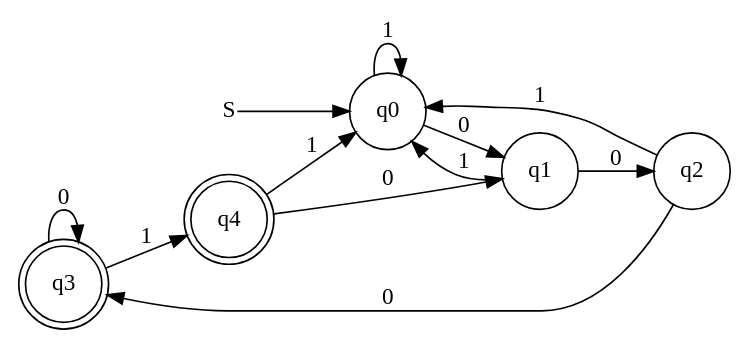
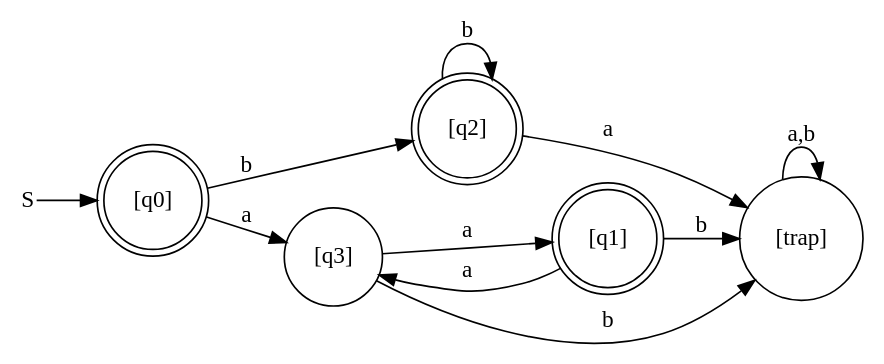
Before and after one commit to Goodhao/automaton: the diagram in out.dot, drawn with Graphviz. The commit also changed 15 other files, not shown here.

```diff
--- a/out.dot
+++ b/out.dot
@@ -1,19 +1,18 @@
 digraph cinite_state_machine {
 rankdir=LR;
 size="50,50"
-node [shape = doublecircle]; q3 q4 ;
-node [shape = circle]; q0;
+node [shape = doublecircle]; "[q0]" "[q1]" "[q2]" ;
+node [shape = circle]; "[q0]";
 node [shape = plain]; "S";
-"S" -> q0;
+"S" -> "[q0]";
 node [shape = circle];
-q0 -> q0 [label = "1"];
-q0 -> q1 [label = "0"];
-q1 -> q0 [label = "1"];
-q1 -> q2 [label = "0"];
-q2 -> q0 [label = "1"];
-q2 -> q3 [label = "0"];
-q3 -> q3 [label = "0"];
-q3 -> q4 [label = "1"];
-q4 -> q0 [label = "1"];
-q4 -> q1 [label = "0"];
+"[q0]" -> "[q2]" [label = "b"];
+"[q0]" -> "[q3]" [label = "a"];
+"[q1]" -> "[q3]" [label = "a"];
+"[q1]" -> "[trap]" [label = "b"];
+"[q2]" -> "[q2]" [label = "b"];
+"[q2]" -> "[trap]" [label = "a"];
+"[q3]" -> "[q1]" [label = "a"];
+"[q3]" -> "[trap]" [label = "b"];
+"[trap]" -> "[trap]" [label = "a,b"];
 }
```
